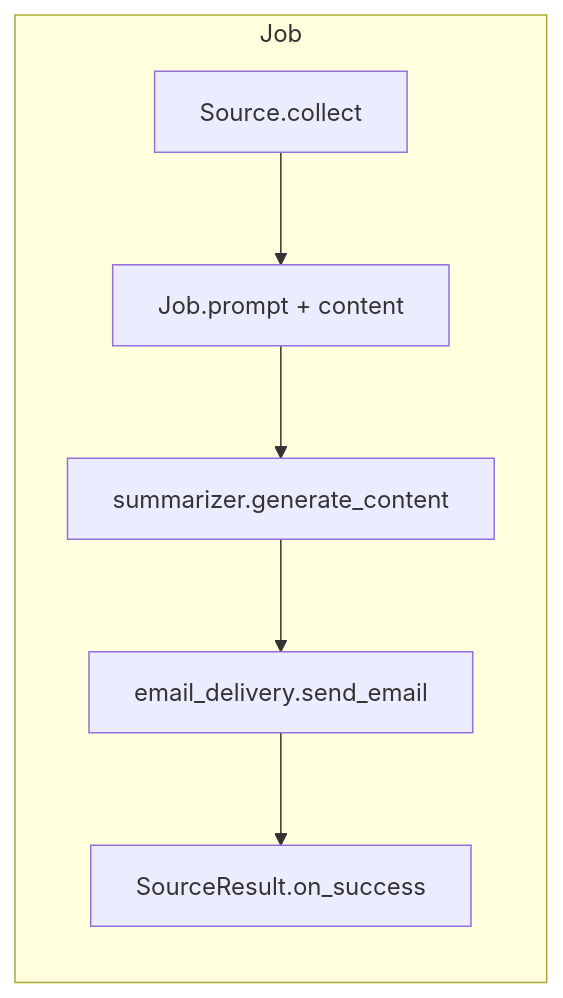
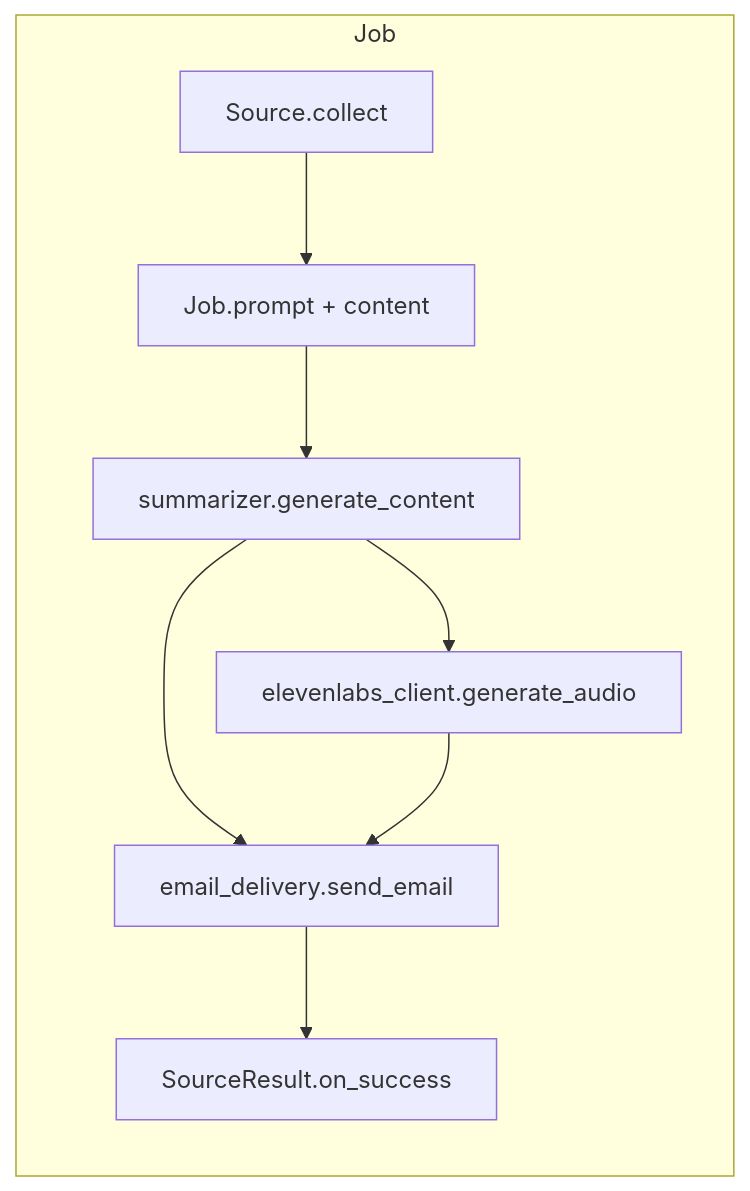
The diagram in README.md (grdavis/transcript-summarizer-template), drawn with Mermaid before and after one commit. The commit also changed other lines of this file and 7 other files, not shown here.

First line of the commit message:
Add ElevenLabs TTS audio briefings for daily jobs

````diff
--- a/README.md
+++ b/README.md
@@ -7,9 +7,11 @@
 ```mermaid
 flowchart LR
   subgraph job [Job]
     src[Source.collect] --> prompt[Job.prompt + content]
     prompt --> llm[summarizer.generate_content]
+    llm --> tts[elevenlabs_client.generate_audio]
     llm --> mail[email_delivery.send_email]
+    tts --> mail
     mail --> hook[SourceResult.on_success]
   end
 ```
````
